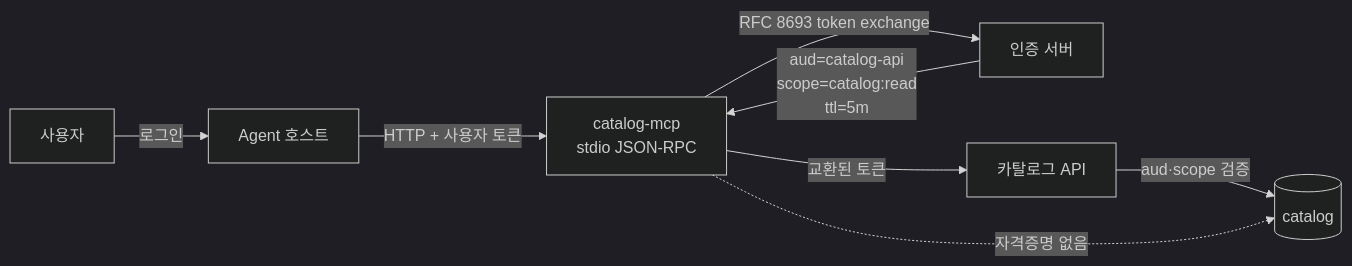
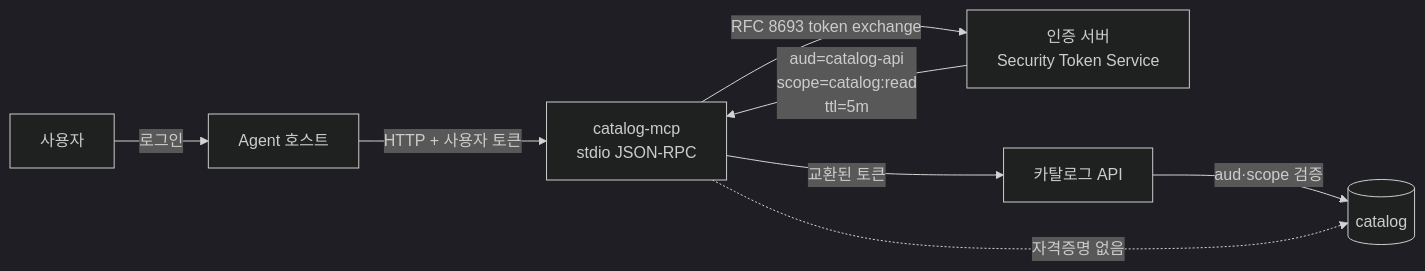
One commit to woonyong-kr/k8s-ops-min changed the diagram in docs/catalog-api-mcp.md. Above: the diagram before and after it, drawn with Mermaid (dark theme). The commit also changed other lines of this file and 17 other files, not shown here.

````diff
--- a/docs/catalog-api-mcp.md
+++ b/docs/catalog-api-mcp.md
@@ -120,10 +120,10 @@
 ```mermaid
 flowchart LR
     U["사용자"] -->|"로그인"| APP["Agent 호스트"]
     APP -->|"HTTP + 사용자 토큰"| MCP["catalog-mcp<br/>stdio JSON-RPC"]
-    MCP -->|"RFC 8693 token exchange"| STS["인증 서버"]
+    MCP -->|"RFC 8693 token exchange"| STS["인증 서버<br/>Security Token Service"]
     STS -->|"aud=catalog-api<br/>scope=catalog:read<br/>ttl=5m"| MCP
     MCP -->|"교환된 토큰"| API["카탈로그 API"]
     API -->|"aud·scope 검증"| DB[("catalog")]
     MCP -.->|"자격증명 없음"| DB
 ```
````
